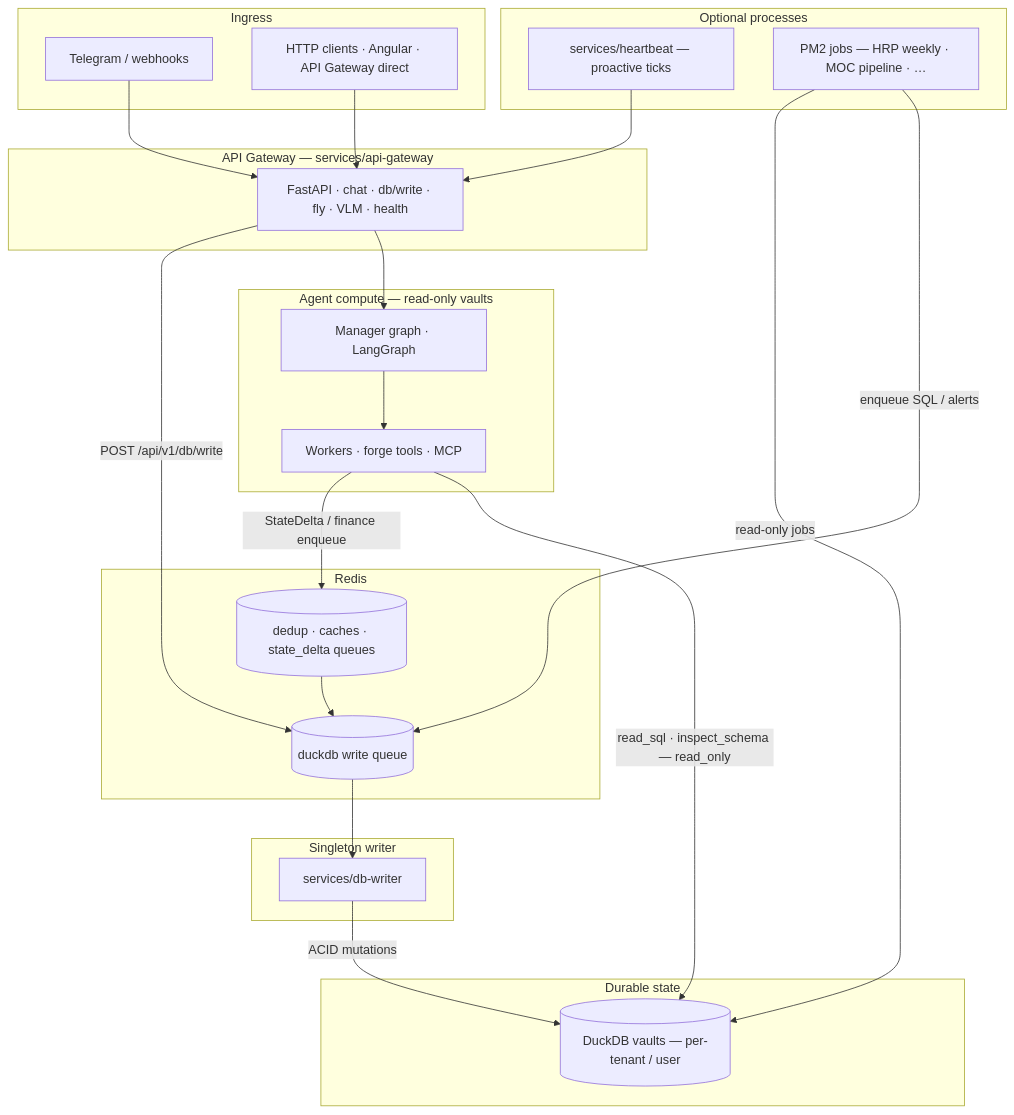
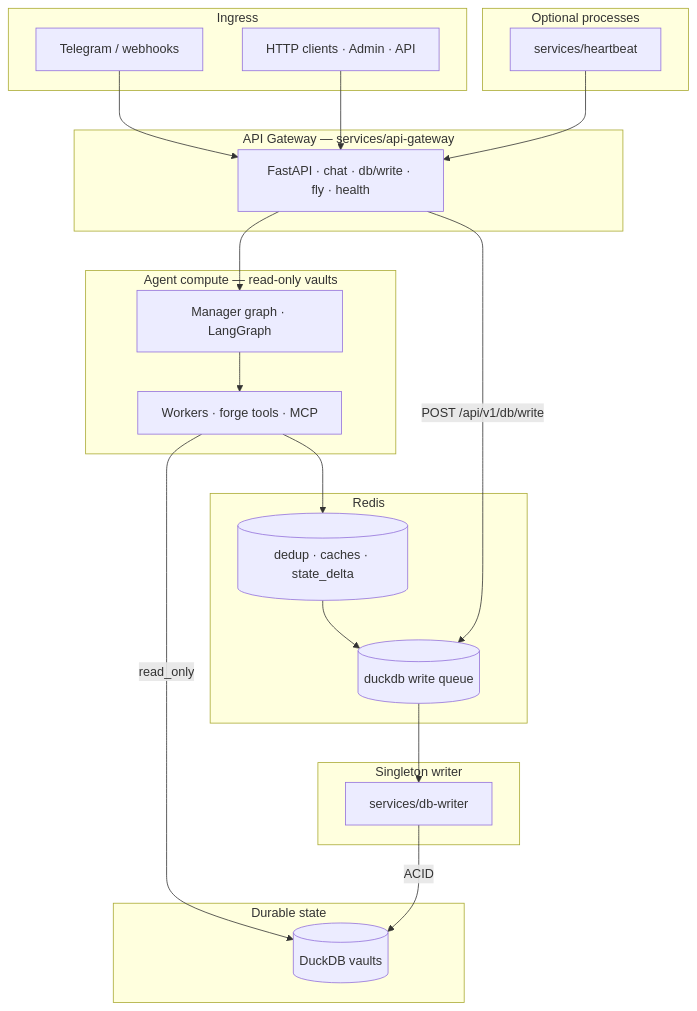
The diagram in docs/architecture/system_overview.md (Capadonna-Labs/DuckClaw), drawn with Mermaid before and after one commit. The commit also changed other lines of this file and 77 other files, not shown here.

First line of the commit message:
Purge implementation docs; keep architecture contracts only.

````diff
--- a/docs/architecture/system_overview.md
+++ b/docs/architecture/system_overview.md
@@ -7,51 +7,48 @@
 ```mermaid
 flowchart TB
   subgraph Ingress["Ingress"]
     TG[Telegram / webhooks]
-    HTTP[HTTP clients · Angular · API Gateway direct]
+    HTTP[HTTP clients · Admin · API]
   end
 
   subgraph Gateway["API Gateway — services/api-gateway"]
-    API[FastAPI · chat · db/write · fly · VLM · health]
+    API[FastAPI · chat · db/write · fly · health]
   end
 
   subgraph Compute["Agent compute — read-only vaults"]
     MGR[Manager graph · LangGraph]
     WRK[Workers · forge tools · MCP]
   end
 
   subgraph Sidecars["Optional processes"]
-    HB[services/heartbeat — proactive ticks]
-    PM2[PM2 jobs — HRP weekly · MOC pipeline · …]
+    HB[services/heartbeat]
   end
 
   subgraph Async["Redis"]
     QW[(duckdb write queue)]
-    DD[(dedup · caches · state_delta queues)]
+    DD[(dedup · caches · state_delta)]
   end
 
   subgraph Writer["Singleton writer"]
     DW[services/db-writer]
   end
 
   subgraph Data["Durable state"]
-    VAULT[(DuckDB vaults — per-tenant / user)]
+    VAULT[(DuckDB vaults)]
   end
 
   TG --> API
   HTTP --> API
   HB --> API
-  PM2 -->|"enqueue SQL / alerts"| QW
-  PM2 -->|"read-only jobs"| VAULT
 
   API --> MGR
   MGR --> WRK
-  WRK -->|"read_sql · inspect_schema — read_only"| VAULT
+  WRK -->|"read_only"| VAULT
 
   API -->|"POST /api/v1/db/write"| QW
-  WRK -->|"StateDelta / finance enqueue"| DD
+  WRK --> DD
   DD --> QW
 
   QW --> DW
-  DW -->|"ACID mutations"| VAULT
+  DW -->|"ACID"| VAULT
 ```
````
